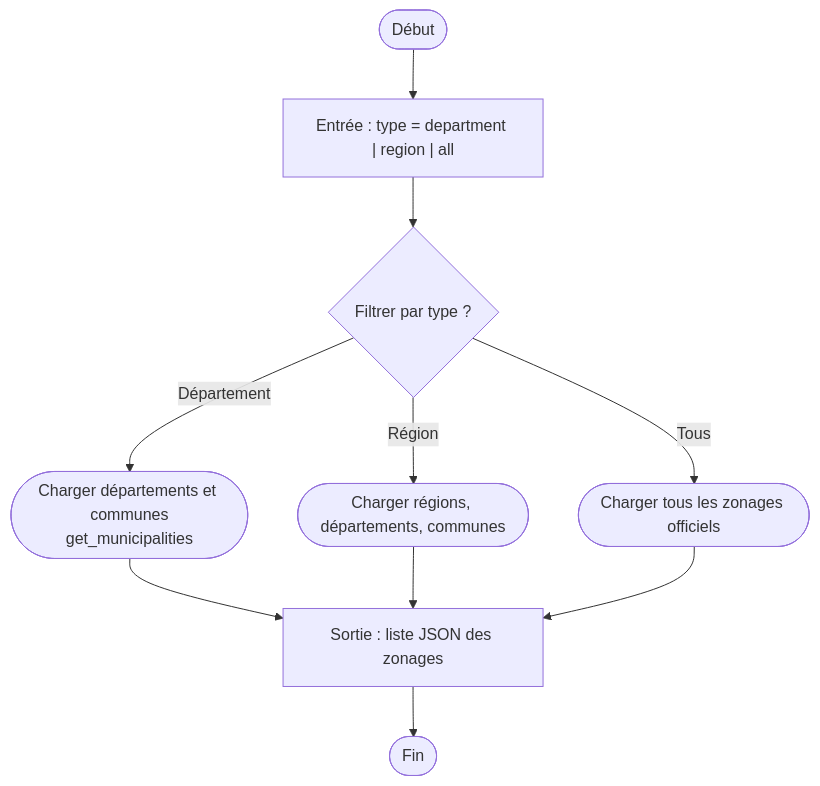
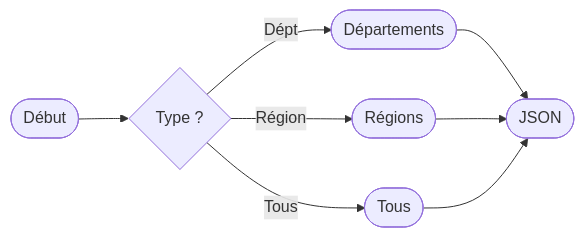
One commit to gabriel-dahan/ensai-it-project-2a-team12 changed the sixth of 8 diagrams in doc/activity_diagram.md. Above: the diagram before and after it, drawn with Mermaid. The commit also changed other lines of this file and 30688 other files, not shown here.

````diff
--- a/doc/activity_diagram.md
+++ b/doc/activity_diagram.md
@@ -126,12 +78,10 @@
 ```mermaid
-flowchart TD
-    start([Début]) --> entree["Entrée : type = department | region | all"]
-    entree --> type{Filtrer par type ?}
-    type -->|Département| depts(["Charger départements et communes\nget_municipalities"])
-    type -->|Région| regions(["Charger régions, départements, communes"])
-    type -->|Tous| all([Charger tous les zonages officiels])
-    depts --> respond
-    regions --> respond
-    all --> respond["Sortie : liste JSON des zonages"]
-    respond --> endOk([Fin])
+flowchart LR
+    start([Début]) --> type{Type ?}
+    type -->|Dépt| d([Départements])
+    type -->|Région| r([Régions])
+    type -->|Tous| a([Tous])
+    d --> out([JSON])
+    r --> out
+    a --> out
 ```
````
